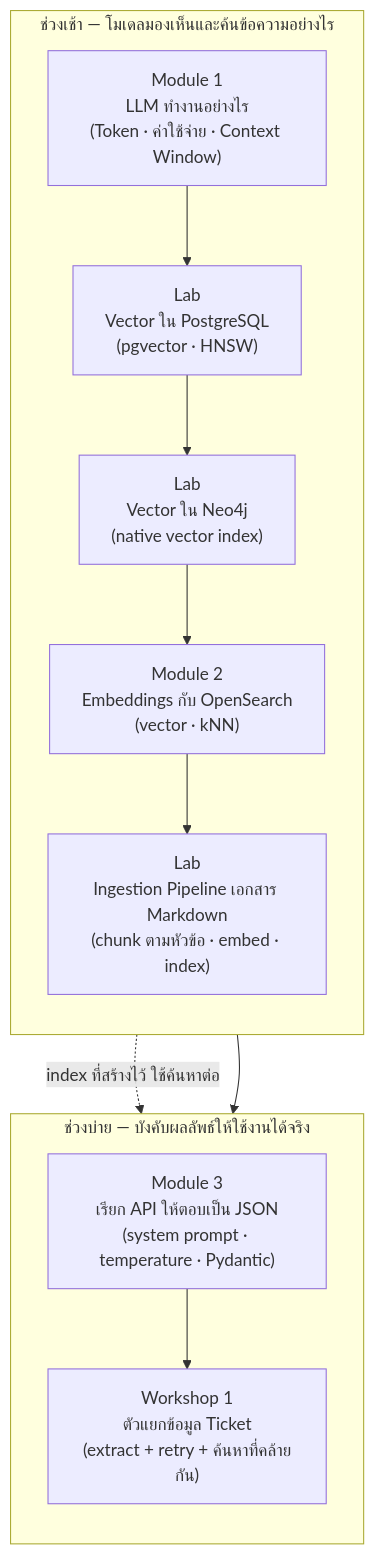
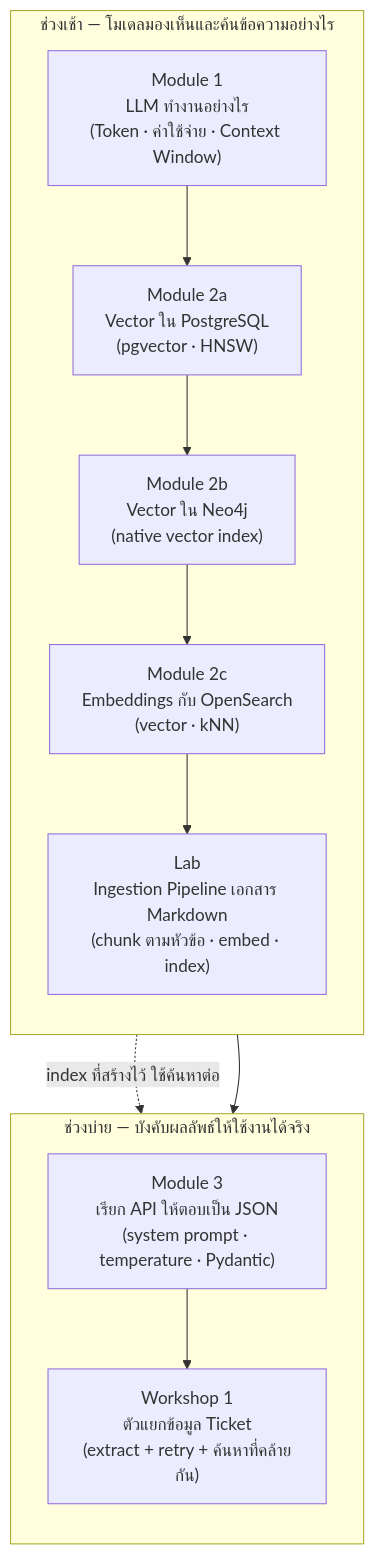
One commit to LLM-CE-KMITL/mcp-workshop changed the diagram in INSTRUCTIONS/day1/00-day1-overview.md. Above: the diagram before and after it, drawn with Mermaid. The commit also changed other lines of this file and 10 other files, not shown here.

````diff
--- a/INSTRUCTIONS/day1/00-day1-overview.md
+++ b/INSTRUCTIONS/day1/00-day1-overview.md
@@ -26,19 +26,19 @@
 ```mermaid
 flowchart TD
     subgraph M["ช่วงเช้า — โมเดลมองเห็นและค้นข้อความอย่างไร"]
         direction TB
-        M1["Module 1<br/>LLM ทำงานอย่างไร<br/>(Token · ค่าใช้จ่าย · Context Window)"] --> L1a["Lab<br/>Vector ใน PostgreSQL<br/>(pgvector · HNSW)"]
-        L1a --> L1b["Lab<br/>Vector ใน Neo4j<br/>(native vector index)"]
-        L1b --> M2["Module 2<br/>Embeddings กับ OpenSearch<br/>(vector · kNN)"]
+        M1["Module 1<br/>LLM ทำงานอย่างไร<br/>(Token · ค่าใช้จ่าย · Context Window)"] --> L1a["Module 2a<br/>Vector ใน PostgreSQL<br/>(pgvector · HNSW)"]
+        L1a --> L1b["Module 2b<br/>Vector ใน Neo4j<br/>(native vector index)"]
+        L1b --> M2["Module 2c<br/>Embeddings กับ OpenSearch<br/>(vector · kNN)"]
         M2 --> L2["Lab<br/>Ingestion Pipeline เอกสาร Markdown<br/>(chunk ตามหัวข้อ · embed · index)"]
     end
 
     L2 --> A
 
     subgraph A["ช่วงบ่าย — บังคับผลลัพธ์ให้ใช้งานได้จริง"]
         direction TB
         A1["Module 3<br/>เรียก API ให้ตอบเป็น JSON<br/>(system prompt · temperature · Pydantic)"] --> A2["Workshop 1<br/>ตัวแยกข้อมูล Ticket<br/>(extract + retry + ค้นหาที่คล้ายกัน)"]
     end
 
     M2 -.->|"index ที่สร้างไว้ ใช้ค้นหาต่อ"| A2
 ```
````
